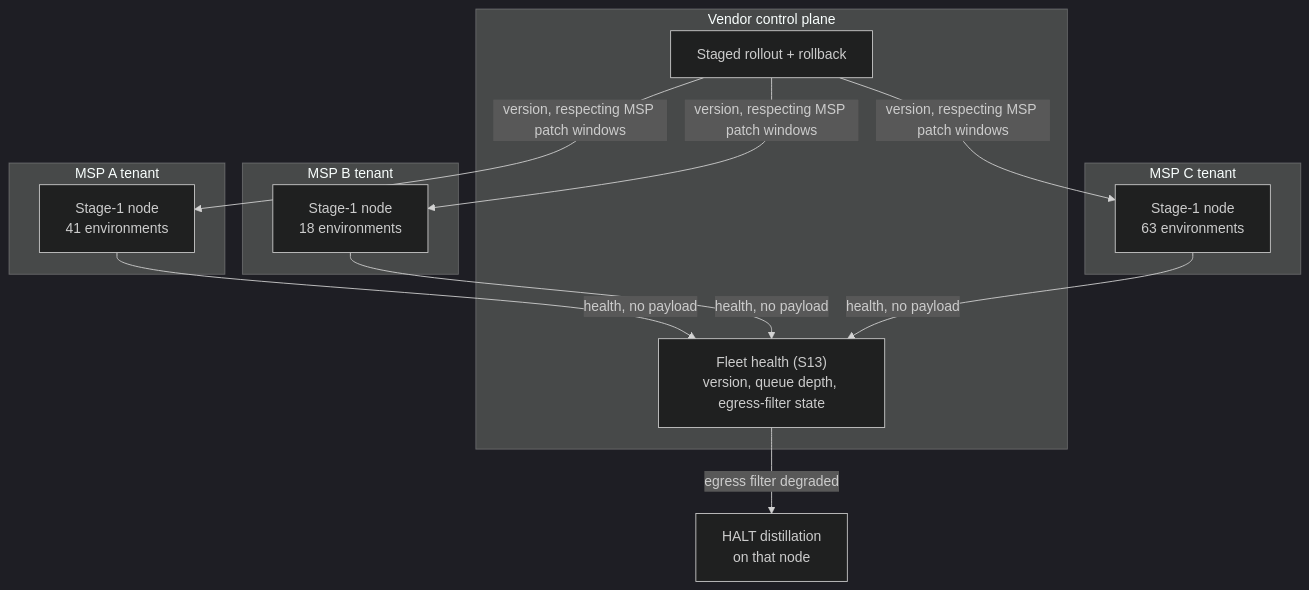
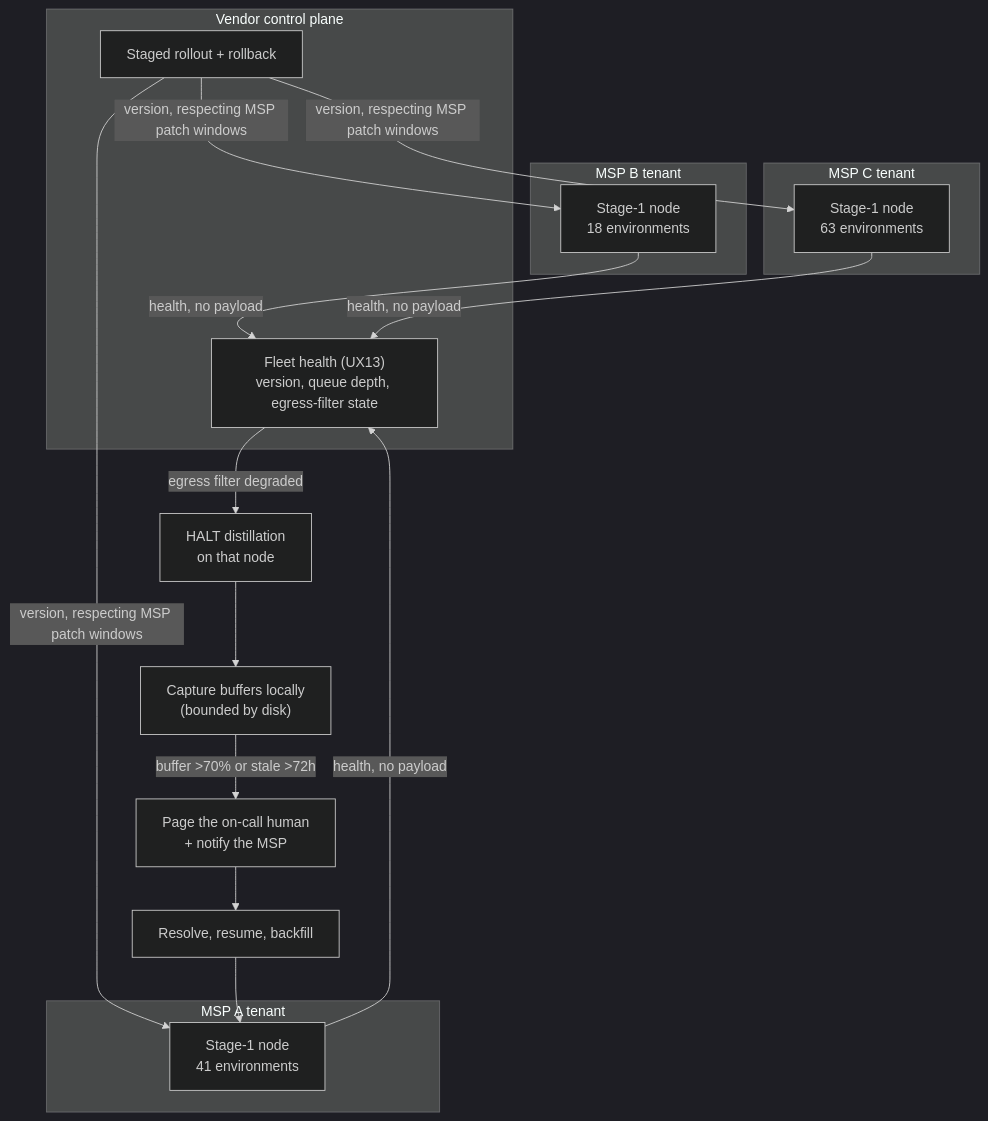
One commit to shreramsp/understudy-founder-pack changed the diagram in tech/architecture/D09.md. Above: the diagram before and after it, drawn with Mermaid (dark theme). The commit also changed other lines of this file and 16 other files, not shown here.

````diff
--- a/tech/architecture/D09.md
+++ b/tech/architecture/D09.md
@@ -3,20 +3,24 @@
 ```mermaid
 flowchart TB
   subgraph VENDOR["Vendor control plane"]
-    FH["Fleet health (S13)<br/>version, queue depth, egress-filter state"]
+    FH["Fleet health (UX13)<br/>version, queue depth, egress-filter state"]
     RL["Staged rollout + rollback"]
   end
   subgraph M1["MSP A tenant"]
     N1["Stage-1 node<br/>41 environments"]
   end
   subgraph M2["MSP B tenant"]
     N2["Stage-1 node<br/>18 environments"]
   end
   subgraph M3["MSP C tenant"]
     N3["Stage-1 node<br/>63 environments"]
   end
 
   RL -->|"version, respecting MSP patch windows"| N1 & N2 & N3
   N1 & N2 & N3 -->|"health, no payload"| FH
   FH -->|"egress filter degraded"| HALT["HALT distillation<br/>on that node"]
+  HALT --> BUF["Capture buffers locally<br/>(bounded by disk)"]
+  BUF -->|"buffer >70% or stale >72h"| PAGE["Page the on-call human<br/>+ notify the MSP"]
+  PAGE --> RES["Resolve, resume, backfill"]
+  RES --> N1
 ```
````
